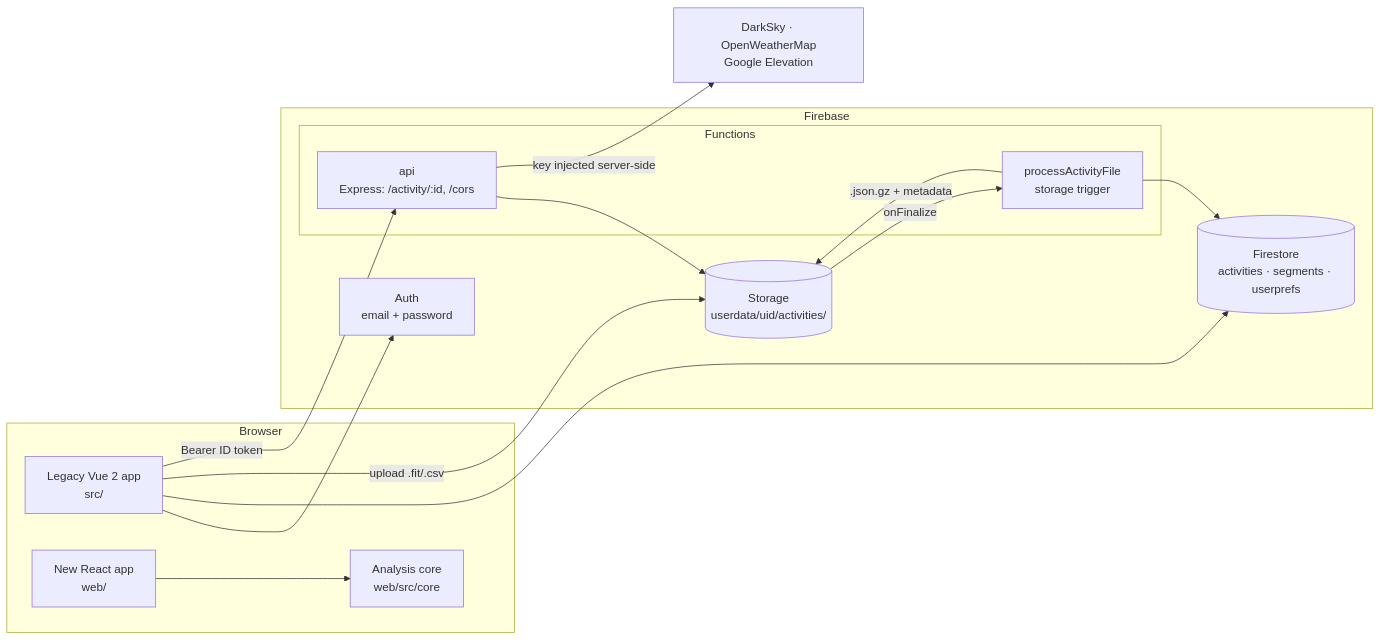
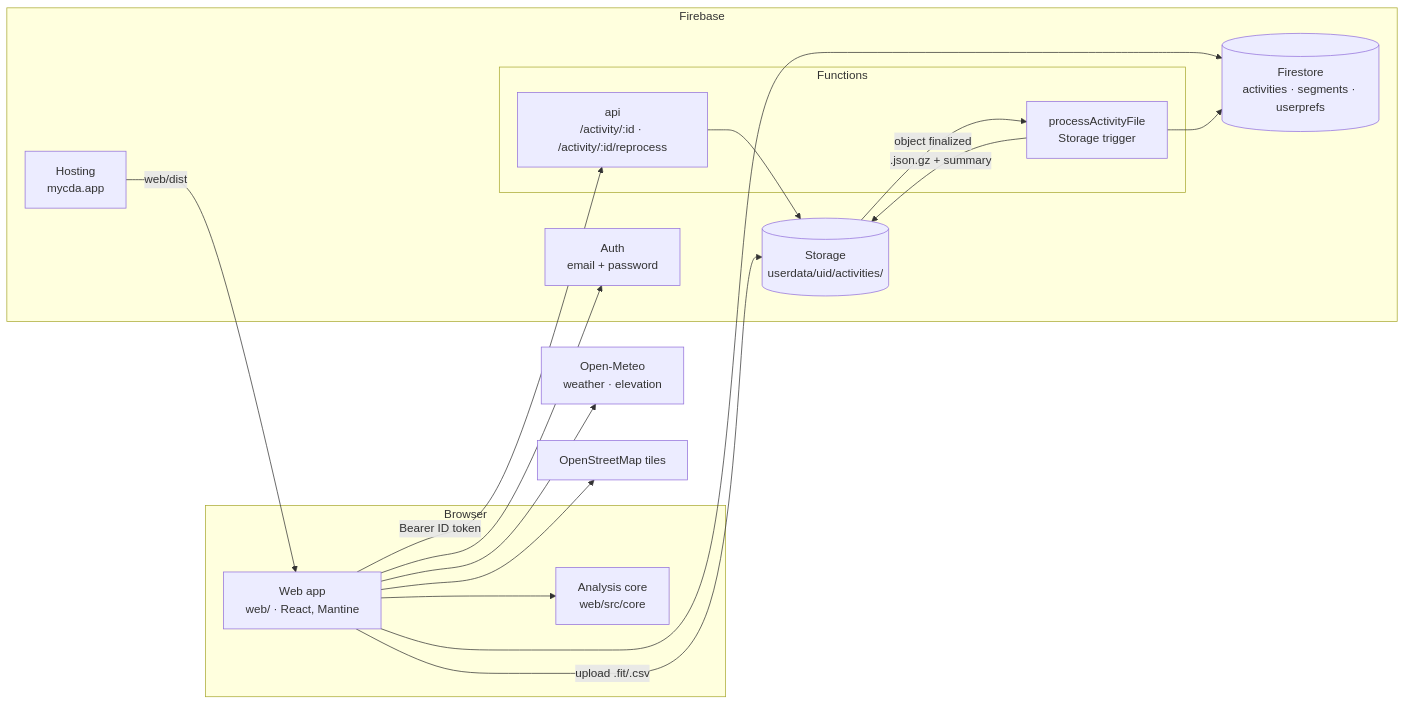
One commit to mariuspopovici/mycda.app changed the first of 2 diagrams in docs/architecture/overview.md. Above: the diagram before and after it, drawn with Mermaid. The commit also changed other lines of this file and 107 other files, not shown here.

First line of the commit message:
Remove the legacy Vue app and the /cors key proxy

````diff
--- a/docs/architecture/overview.md
+++ b/docs/architecture/overview.md
@@ -9,31 +13,34 @@
 ```mermaid
 flowchart LR
   subgraph Browser
-    legacy[Legacy Vue 2 app<br/>src/]
-    web[New React app<br/>web/]
+    web[Web app<br/>web/ · React, Mantine]
     core[Analysis core<br/>web/src/core]
     web --> core
   end
 
   subgraph Firebase
+    hosting[Hosting<br/>mycda.app]
     auth[Auth<br/>email + password]
     fs[(Firestore<br/>activities · segments · userprefs)]
     st[(Storage<br/>userdata/uid/activities/)]
     subgraph Functions
-      proc[processActivityFile<br/>storage trigger]
-      api[api<br/>Express: /activity/:id, /cors]
+      proc[processActivityFile<br/>Storage trigger]
+      api[api<br/>/activity/:id · /activity/:id/reprocess]
     end
   end
 
-  ext[DarkSky · OpenWeatherMap<br/>Google Elevation]
+  meteo[Open-Meteo<br/>weather · elevation]
+  osm[OpenStreetMap tiles]
 
-  legacy --> auth
-  legacy --> fs
-  legacy -->|upload .fit/.csv| st
-  st -->|onFinalize| proc
-  proc -->|.json.gz + metadata| st
+  hosting -->|web/dist| web
+  web --> auth
+  web --> fs
+  web -->|upload .fit/.csv| st
+  st -->|object finalized| proc
+  proc -->|.json.gz + summary| st
   proc --> fs
-  legacy -->|Bearer ID token| api
+  web -->|Bearer ID token| api
   api --> st
-  api -->|key injected server-side| ext
+  web --> meteo
+  web --> osm
 ```
````
